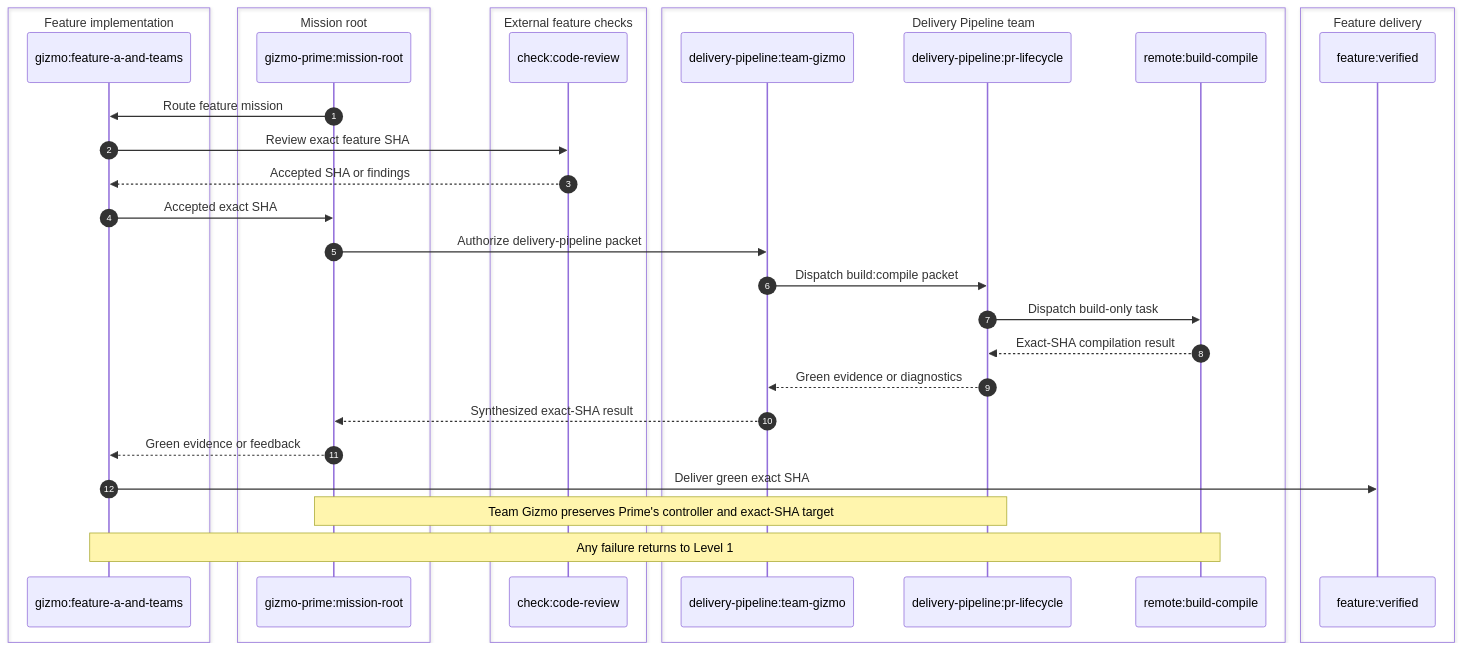
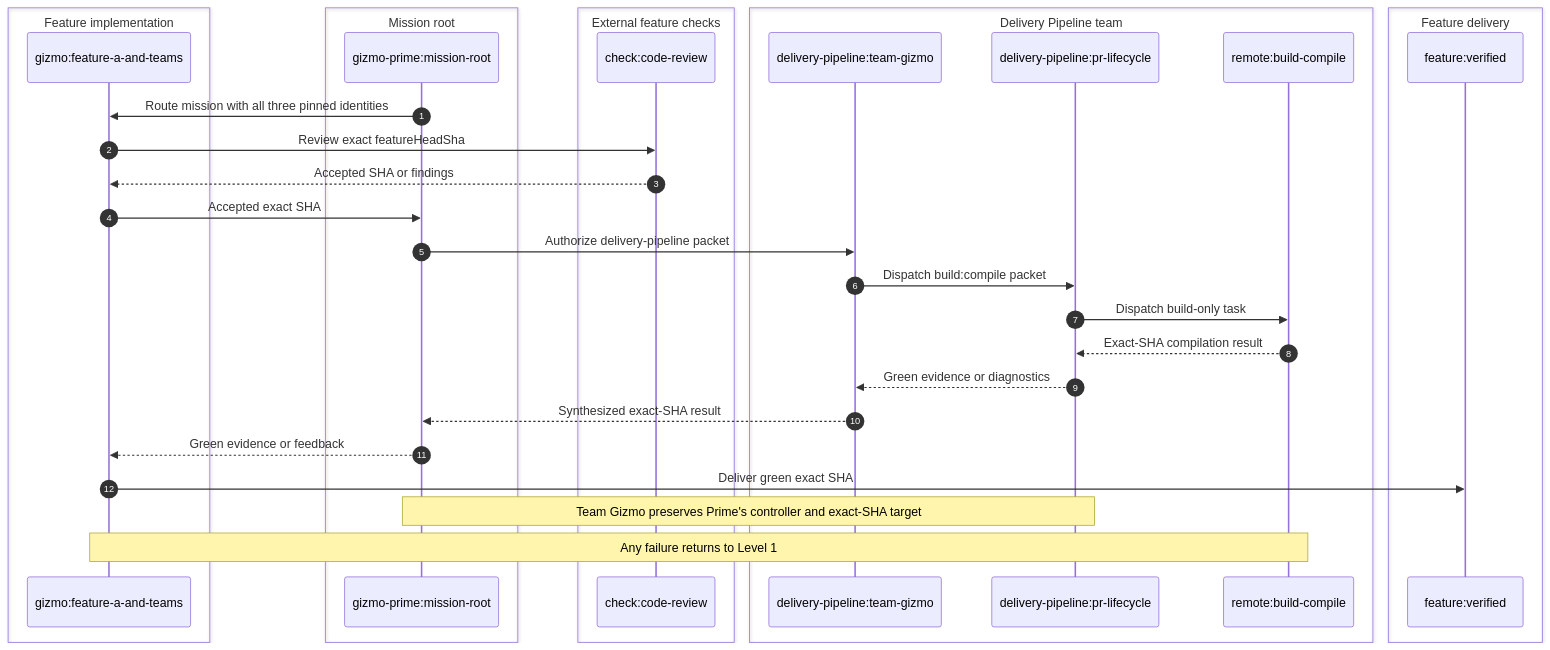
The seventh of 13 diagrams in .cortex/gizmo-prime/architecture/multiagent-delivery-diagrams.md (meta-secret/nook), drawn with Mermaid before and after one commit. The commit also changed other lines of this file and 21 other files, not shown here.

Commit message:
docs(ai): document exact feature head chain

````diff
--- a/.cortex/gizmo-prime/architecture/multiagent-delivery-diagrams.md
+++ b/.cortex/gizmo-prime/architecture/multiagent-delivery-diagrams.md
@@ -312,42 +331,42 @@
 ```mermaid
 sequenceDiagram
     autonumber
 
     box Feature implementation
         participant Feature as gizmo:feature-a-and-teams
     end
 
     box Mission root
         participant Prime as gizmo-prime:mission-root
     end
 
     box External feature checks
         participant Review as check:code-review
     end
 
     box Delivery Pipeline team
         participant Pipeline as delivery-pipeline:team-gizmo
         participant Steward as delivery-pipeline:pr-lifecycle
         participant Build as remote:build-compile
     end
 
     box Feature delivery
         participant Delivery as feature:verified
     end
 
-    Prime->>Feature: Route feature mission
-    Feature->>Review: Review exact feature SHA
+    Prime->>Feature: Route mission with all three pinned identities
+    Feature->>Review: Review exact featureHeadSha
     Review-->>Feature: Accepted SHA or findings
     Feature->>Prime: Accepted exact SHA
     Prime->>Pipeline: Authorize delivery-pipeline packet
     Pipeline->>Steward: Dispatch build:compile packet
     Steward->>Build: Dispatch build-only task
     Build-->>Steward: Exact-SHA compilation result
     Steward-->>Pipeline: Green evidence or diagnostics
     Pipeline-->>Prime: Synthesized exact-SHA result
     Prime-->>Feature: Green evidence or feedback
     Feature->>Delivery: Deliver green exact SHA
 
     Note over Prime,Steward: Team Gizmo preserves Prime's controller and exact-SHA target
     Note over Feature,Build: Any failure returns to Level 1
 ```
````
